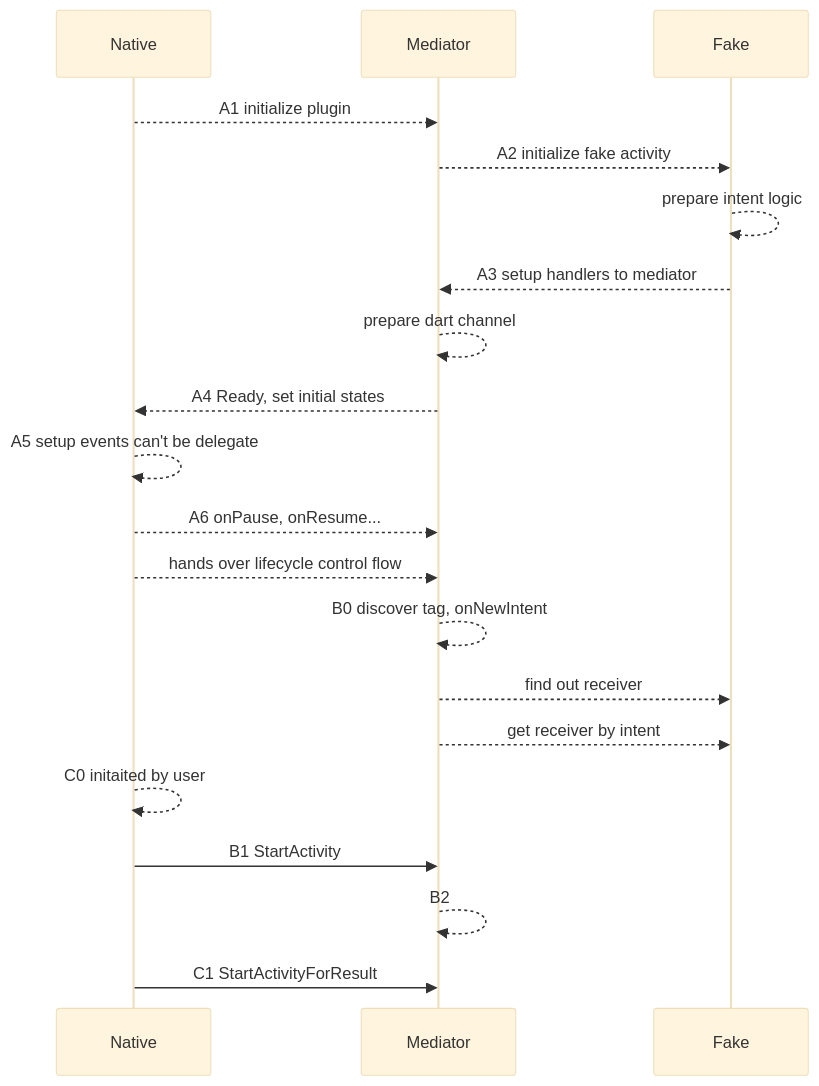
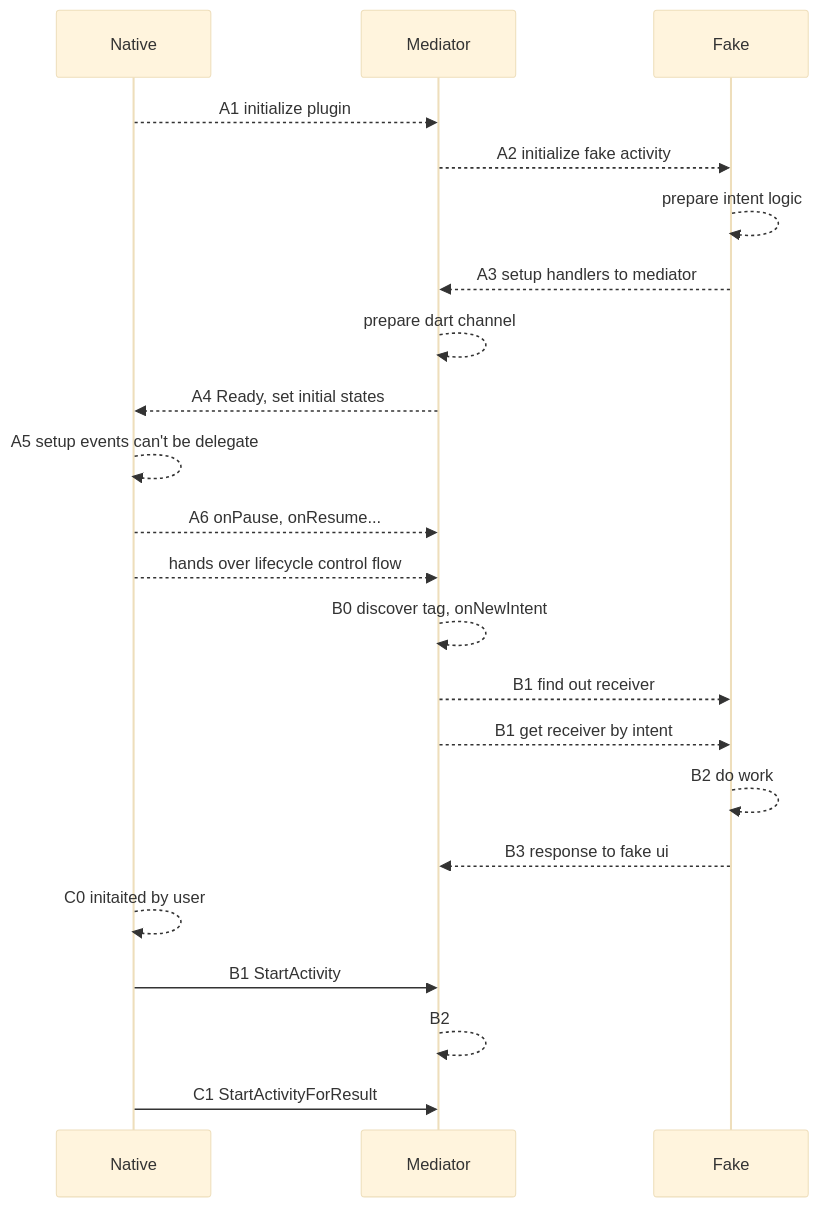
Before and after one commit to gordianknotC/nxp_note: the second of 2 diagrams in flutter/addActivityResultListener.md, drawn with Mermaid (base theme). The commit also changed other lines of this file, not shown here.

Commit message:
flutter/addActivityResultListener.md updated from https://stackedit.io/

````diff
--- a/flutter/addActivityResultListener.md
+++ b/flutter/addActivityResultListener.md
@@ -55,27 +55,28 @@
 ```mermaid
 sequenceDiagram
 participant Native
 participant Mediator
 participant Fake
 
 Native -->> Mediator: A1 initialize plugin
 Mediator -->> Fake: A2 initialize fake activity
 Fake -->> Fake: prepare intent logic
 Fake -->> Mediator: A3 setup handlers to mediator
 Mediator -->> Mediator: prepare dart channel
 Mediator -->> Native: A4 Ready, set initial states
 Native -->> Native: A5 setup events can't be delegate
 Native -->> Mediator: A6 onPause, onResume...
 Native -->> Mediator: hands over lifecycle control flow
 
 Mediator-->> Mediator: B0 discover tag, onNewIntent
-Mediator-->>Fake: find out receiver
-Mediator-->>Fake: get receiver by intent
-
+Mediator-->>Fake: B1 find out receiver
+Mediator-->>Fake: B1 get receiver by intent
+Fake-->>Fake:B2 do work
+Fake-->>Mediator:B3 response to fake ui
 
 Native -->> Native: C0 initaited by user
 Native ->> Mediator: B1 StartActivity
 Mediator -->> Mediator: B2 
 Native ->> Mediator: C1 StartActivityForResult
 
 ```
````
